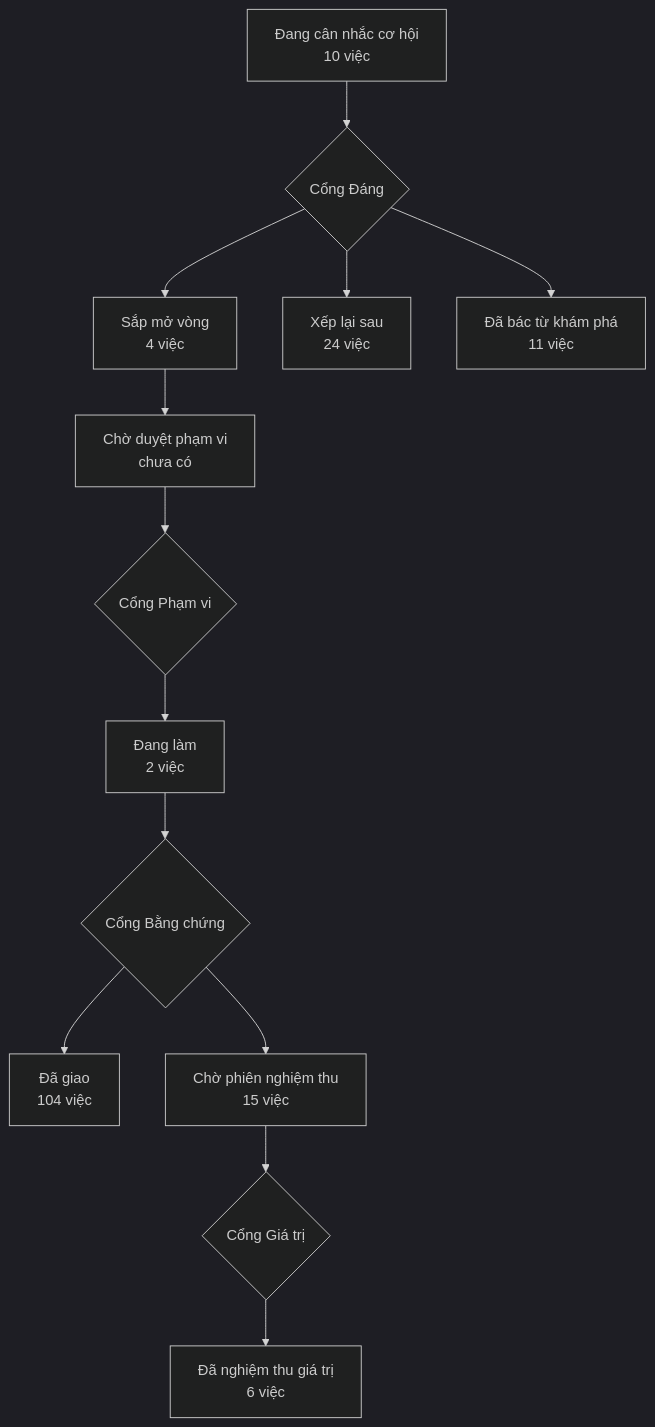
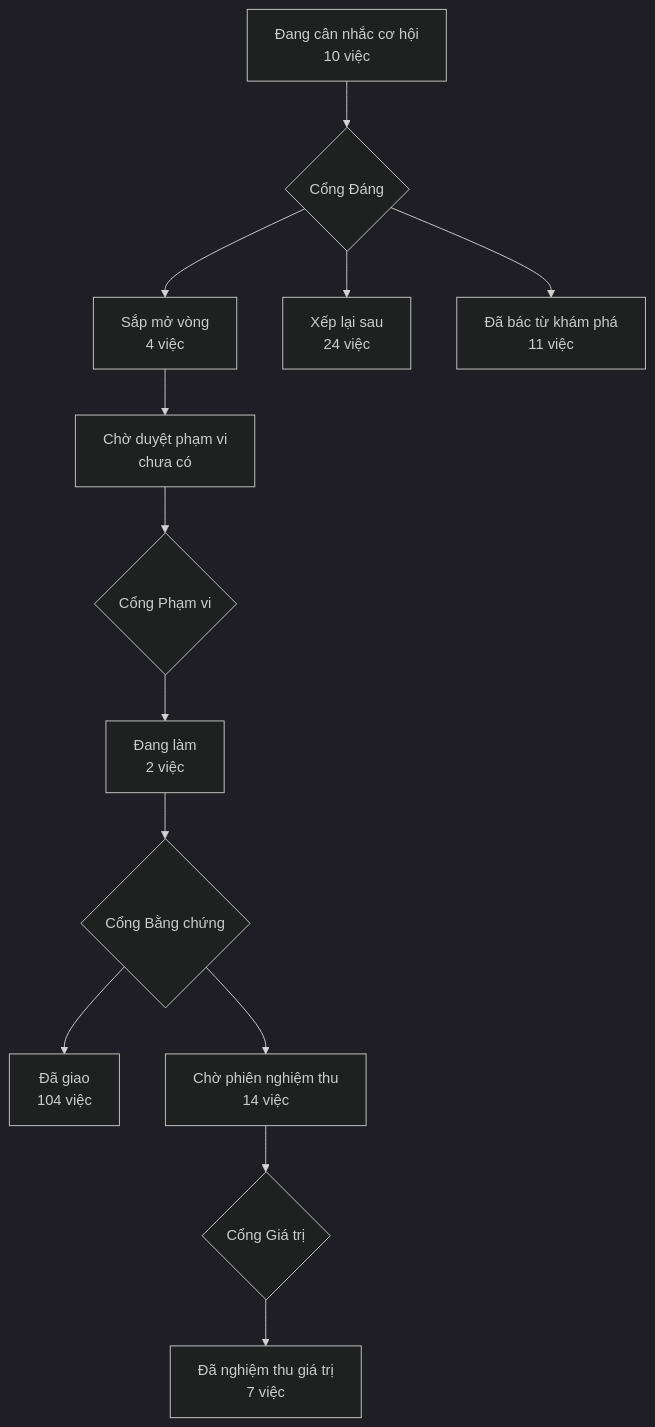
One commit to phanlemanh/acceptance-gate-kit changed the diagram in PRODUCT-MAP.md. Above: the diagram before and after it, drawn with Mermaid (dark theme). The commit also changed other lines of this file and 3 other files, not shown here.

First line of the commit message:
uat(xuat-du-lieu-lo-trinh): Cổng Giá trị — release (Manh Phan); X1 đã ở crm từ 2.26.0, đọc chính thức 30/10

````diff
--- a/PRODUCT-MAP.md
+++ b/PRODUCT-MAP.md
@@ -7,12 +7,12 @@
 ```mermaid
 flowchart TD
   A["Đang cân nhắc cơ hội<br/>10 việc"] --> GD{"Cổng Đáng"}
   GD --> B["Sắp mở vòng<br/>4 việc"]
   GD --> XL["Xếp lại sau<br/>24 việc"]
   GD --> DB["Đã bác từ khám phá<br/>11 việc"]
   B --> CD["Chờ duyệt phạm vi<br/>chưa có"] --> GP{"Cổng Phạm vi"}
   GP --> DL["Đang làm<br/>2 việc"] --> GB{"Cổng Bằng chứng"}
   GB --> DG["Đã giao<br/>104 việc"]
-  GB --> CN["Chờ phiên nghiệm thu<br/>15 việc"] --> GG{"Cổng Giá trị"}
-  GG --> NT["Đã nghiệm thu giá trị<br/>6 việc"]
+  GB --> CN["Chờ phiên nghiệm thu<br/>14 việc"] --> GG{"Cổng Giá trị"}
+  GG --> NT["Đã nghiệm thu giá trị<br/>7 việc"]
 ```
````
